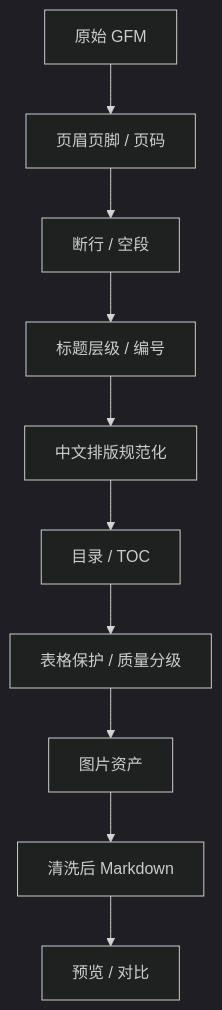
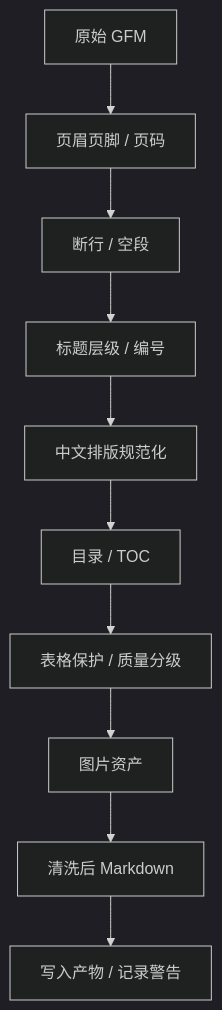
One commit to 987763485/ManoDoc changed the fifth of 21 diagrams in docs/superpowers/软件功能设计说明.md. Above: the diagram before and after it, drawn with Mermaid (dark theme). The commit also changed other lines of this file and 25 other files, not shown here.

````diff
--- a/docs/superpowers/软件功能设计说明.md
+++ b/docs/superpowers/软件功能设计说明.md
@@ -296,12 +299,12 @@
 ```mermaid
 flowchart TD
   A["原始 GFM"] --> B["页眉页脚 / 页码"]
   B --> C["断行 / 空段"]
   C --> D["标题层级 / 编号"]
   D --> E["中文排版规范化"]
   E --> F["目录 / TOC"]
   F --> G["表格保护 / 质量分级"]
   G --> H["图片资产"]
   H --> I["清洗后 Markdown"]
-  I --> J["预览 / 对比"]
+  I --> J["写入产物 / 记录警告"]
 ```
````
